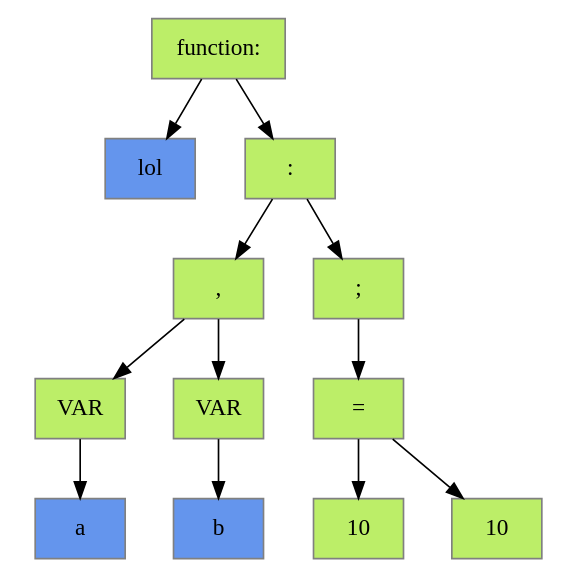
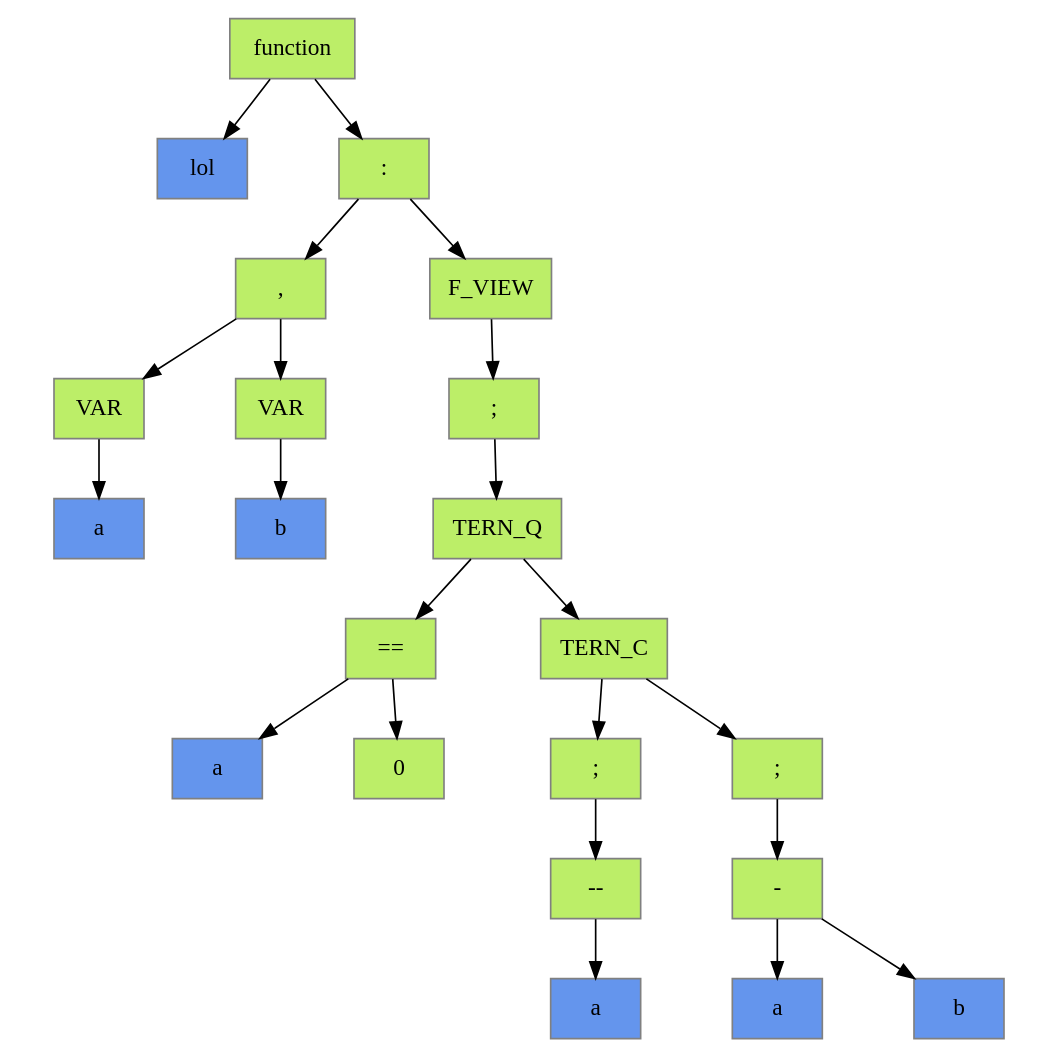
The diagram in dump/LIST_DMP_№0.dot (deGekata/L_and_D), drawn with Graphviz before and after one commit. The commit also changed 15 other files, not shown here.

```diff
--- a/dump/LIST_DMP_№0.dot
+++ b/dump/LIST_DMP_№0.dot
@@ -1,27 +1,47 @@
 digraph G{
    nodesep=0.1;
    ratio=1;
-   L94610917608016[label="function:", shape="rectangle", color="grey", thickness=4, fillcolor="darkolivegreen2" style=filled];
-    L94610917608016->L94610917608176[color="black"];
-    L94610917608016->L94610917609552[color="black"];
-   L94610917608176[label="lol", shape="rectangle", color="grey", thickness=4, fillcolor="cornflowerblue" style=filled];
-   L94610917609552[label=":", shape="rectangle", color="grey", thickness=4, fillcolor="darkolivegreen2" style=filled];
-    L94610917609552->L94610917608848[color="black"];
-    L94610917609552->L94610917609424[color="black"];
-   L94610917608848[label=",", shape="rectangle", color="grey", thickness=4, fillcolor="darkolivegreen2" style=filled];
-    L94610917608848->L94610917608528[color="black"];
-    L94610917608848->L94610917608976[color="black"];
-   L94610917608528[label="VAR", shape="rectangle", color="grey", thickness=4, fillcolor="darkolivegreen2" style=filled];
-    L94610917608528->L94610917608688[color="black"];
-   L94610917608688[label="a", shape="rectangle", color="grey", thickness=4, fillcolor="cornflowerblue" style=filled];
-   L94610917608976[label="VAR", shape="rectangle", color="grey", thickness=4, fillcolor="darkolivegreen2" style=filled];
-    L94610917608976->L94610917609072[color="black"];
-   L94610917609072[label="b", shape="rectangle", color="grey", thickness=4, fillcolor="cornflowerblue" style=filled];
-   L94610917609424[label=";", shape="rectangle", color="grey", thickness=4, fillcolor="darkolivegreen2" style=filled];
-    L94610917609424->L94610917609296[color="black"];
-   L94610917609296[label="=", shape="rectangle", color="grey", thickness=4, fillcolor="darkolivegreen2" style=filled];
-    L94610917609296->L94610917609232[color="black"];
-    L94610917609296->L94610917609360[color="black"];
-   L94610917609232[label="10", shape="rectangle", color="grey", thickness=4, fillcolor="darkolivegreen2" style=filled];
-   L94610917609360[label="10", shape="rectangle", color="grey", thickness=4, fillcolor="darkolivegreen2" style=filled];
+   L140737211525776[label="function", shape="rectangle", color="grey", thickness=4, fillcolor="darkolivegreen2" style=filled];
+    L140737211525776->L140737211525936[color="black"];
+    L140737211525776->L140737211528272[color="black"];
+   L140737211525936[label="lol", shape="rectangle", color="grey", thickness=4, fillcolor="cornflowerblue" style=filled];
+   L140737211528272[label=":", shape="rectangle", color="grey", thickness=4, fillcolor="darkolivegreen2" style=filled];
+    L140737211528272->L140737211526608[color="black"];
+    L140737211528272->L140737211528208[color="black"];
+   L140737211526608[label=",", shape="rectangle", color="grey", thickness=4, fillcolor="darkolivegreen2" style=filled];
+    L140737211526608->L140737211526288[color="black"];
+    L140737211526608->L140737211526736[color="black"];
+   L140737211526288[label="VAR", shape="rectangle", color="grey", thickness=4, fillcolor="darkolivegreen2" style=filled];
+    L140737211526288->L140737211526448[color="black"];
+   L140737211526448[label="a", shape="rectangle", color="grey", thickness=4, fillcolor="cornflowerblue" style=filled];
+   L140737211526736[label="VAR", shape="rectangle", color="grey", thickness=4, fillcolor="darkolivegreen2" style=filled];
+    L140737211526736->L140737211526832[color="black"];
+   L140737211526832[label="b", shape="rectangle", color="grey", thickness=4, fillcolor="cornflowerblue" style=filled];
+   L140737211528208[label="F_VIEW", shape="rectangle", color="grey", thickness=4, fillcolor="darkolivegreen2" style=filled];
+    L140737211528208->L140737211528080[color="black"];
+   L140737211528080[label=";", shape="rectangle", color="grey", thickness=4, fillcolor="darkolivegreen2" style=filled];
+    L140737211528080->L140737211526992[color="black"];
+   L140737211526992[label="TERN_Q", shape="rectangle", color="grey", thickness=4, fillcolor="darkolivegreen2" style=filled];
+    L140737211526992->L140737211527248[color="black"];
+    L140737211526992->L140737211527664[color="black"];
+   L140737211527248[label="==", shape="rectangle", color="grey", thickness=4, fillcolor="darkolivegreen2" style=filled];
+    L140737211527248->L140737211527152[color="black"];
+    L140737211527248->L140737211527312[color="black"];
+   L140737211527152[label="a", shape="rectangle", color="grey", thickness=4, fillcolor="cornflowerblue" style=filled];
+   L140737211527312[label="0", shape="rectangle", color="grey", thickness=4, fillcolor="darkolivegreen2" style=filled];
+   L140737211527664[label="TERN_C", shape="rectangle", color="grey", thickness=4, fillcolor="darkolivegreen2" style=filled];
+    L140737211527664->L140737211527600[color="black"];
+    L140737211527664->L140737211528016[color="black"];
+   L140737211527600[label=";", shape="rectangle", color="grey", thickness=4, fillcolor="darkolivegreen2" style=filled];
+    L140737211527600->L140737211527440[color="black"];
+   L140737211527440[label="--", shape="rectangle", color="grey", thickness=4, fillcolor="darkolivegreen2" style=filled];
+    L140737211527440->L140737211527504[color="black"];
+   L140737211527504[label="a", shape="rectangle", color="grey", thickness=4, fillcolor="cornflowerblue" style=filled];
+   L140737211528016[label=";", shape="rectangle", color="grey", thickness=4, fillcolor="darkolivegreen2" style=filled];
+    L140737211528016->L140737211527856[color="black"];
+   L140737211527856[label="-", shape="rectangle", color="grey", thickness=4, fillcolor="darkolivegreen2" style=filled];
+    L140737211527856->L140737211527760[color="black"];
+    L140737211527856->L140737211527920[color="black"];
+   L140737211527760[label="a", shape="rectangle", color="grey", thickness=4, fillcolor="cornflowerblue" style=filled];
+   L140737211527920[label="b", shape="rectangle", color="grey", thickness=4, fillcolor="cornflowerblue" style=filled];
 }
```
